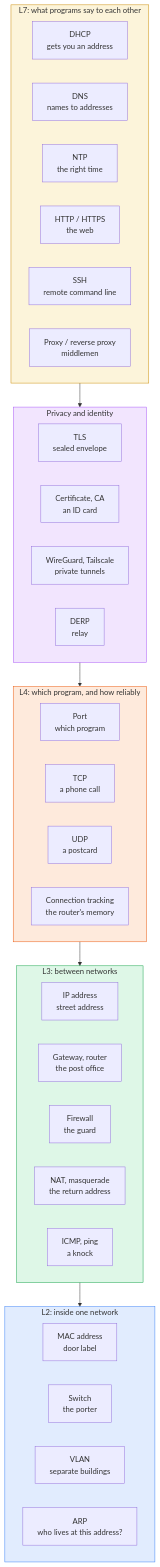
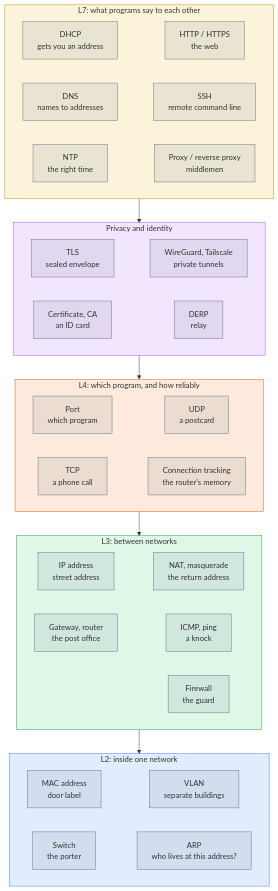
Before and after one commit to mithun3/tech-blog: the diagram in content/pages/networking/basics/network-words.mdx, drawn with Mermaid. The commit also changed 8 other files, not shown here.

Commit message:
mermaid updates.

````diff
--- a/content/pages/networking/basics/network-words.mdx
+++ b/content/pages/networking/basics/network-words.mdx
@@ -17,42 +17,66 @@
 ```mermaid
+---
+config:
+  look: classic
+  fontFamily: "system-ui, -apple-system, Segoe UI, Roboto, Helvetica, Arial, sans-serif"
+  themeCSS: ".node rect, .cluster rect { rx: 6px; ry: 6px; }"
+  flowchart:
+    wrappingWidth: 200
+  themeVariables:
+    mainBkg: "#64748b1f"
+    nodeBorder: "#64748b"
+    clusterBkg: "#64748b14"
+    clusterBorder: "#64748b99"
+---
 flowchart TB
     subgraph G7["L7: what programs say to each other"]
         DHCP["DHCP<br/>gets you an address"]
         DNS["DNS<br/>names to addresses"]
         NTP["NTP<br/>the right time"]
         HTTP["HTTP / HTTPS<br/>the web"]
         SSH["SSH<br/>remote command line"]
         PRX["Proxy / reverse proxy<br/>middlemen"]
+        DHCP ~~~ HTTP
+        DNS ~~~ SSH
+        NTP ~~~ PRX
     end
     subgraph GT["Privacy and identity"]
         TLS["TLS<br/>sealed envelope"]
         CERT["Certificate, CA<br/>an ID card"]
         WG["WireGuard, Tailscale<br/>private tunnels"]
         DERP["DERP<br/>relay"]
+        TLS ~~~ WG
+        CERT ~~~ DERP
     end
     subgraph G4["L4: which program, and how reliably"]
         PORT["Port<br/>which program"]
         TCP["TCP<br/>a phone call"]
         UDP["UDP<br/>a postcard"]
         CT["Connection tracking<br/>the router's memory"]
+        PORT ~~~ UDP
+        TCP ~~~ CT
     end
     subgraph G3["L3: between networks"]
         IP["IP address<br/>street address"]
         GW["Gateway, router<br/>the post office"]
         FW["Firewall<br/>the guard"]
         NAT["NAT, masquerade<br/>the return address"]
         ICMP["ICMP, ping<br/>a knock"]
+        IP ~~~ NAT
+        GW ~~~ ICMP
     end
     subgraph G2["L2: inside one network"]
         MAC["MAC address<br/>door label"]
         SW["Switch<br/>the porter"]
         VLAN["VLAN<br/>separate buildings"]
         ARP["ARP<br/>who lives at this address?"]
+        MAC ~~~ VLAN
+        SW ~~~ ARP
     end
     G7 --> GT --> G4 --> G3 --> G2
     style G7 fill:#eab30826,stroke:#ca8a04
     style GT fill:#a855f726,stroke:#a855f7
     style G4 fill:#f9731626,stroke:#ea580c
     style G3 fill:#22c55e26,stroke:#16a34a
     style G2 fill:#3b82f626,stroke:#3b82f6
 ```
````
